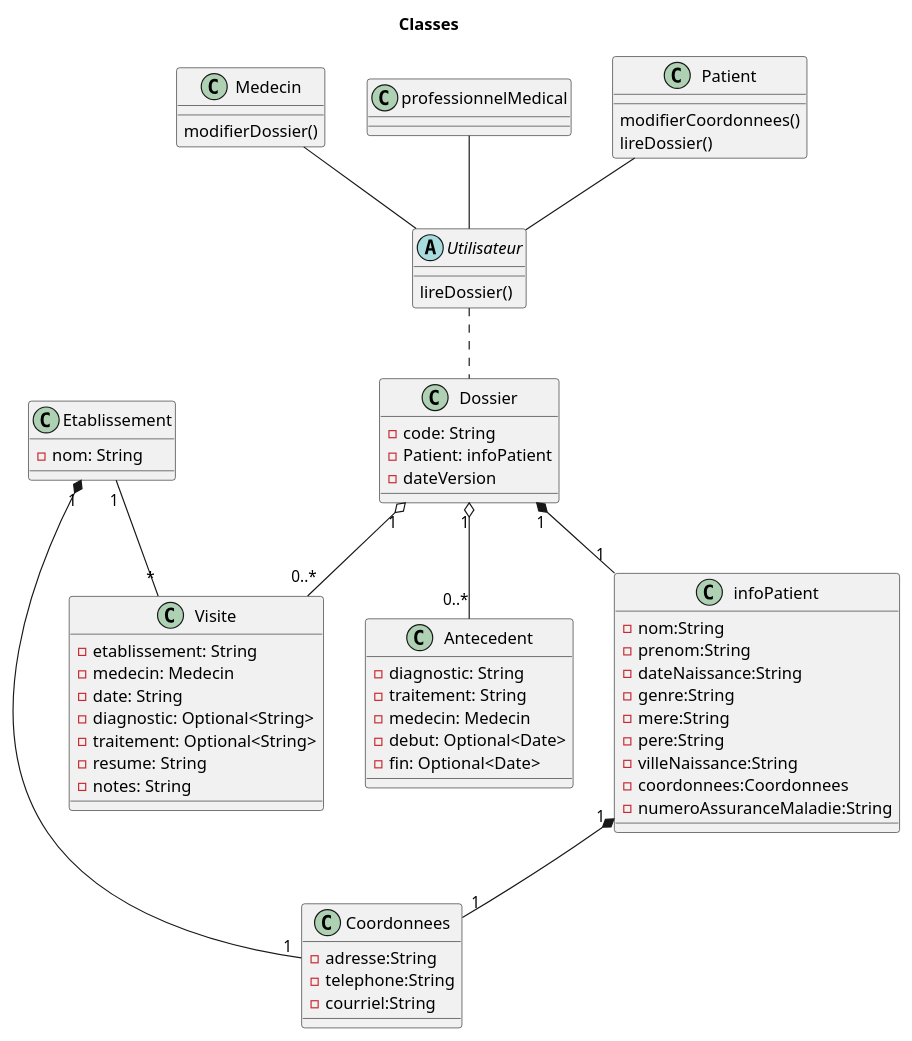
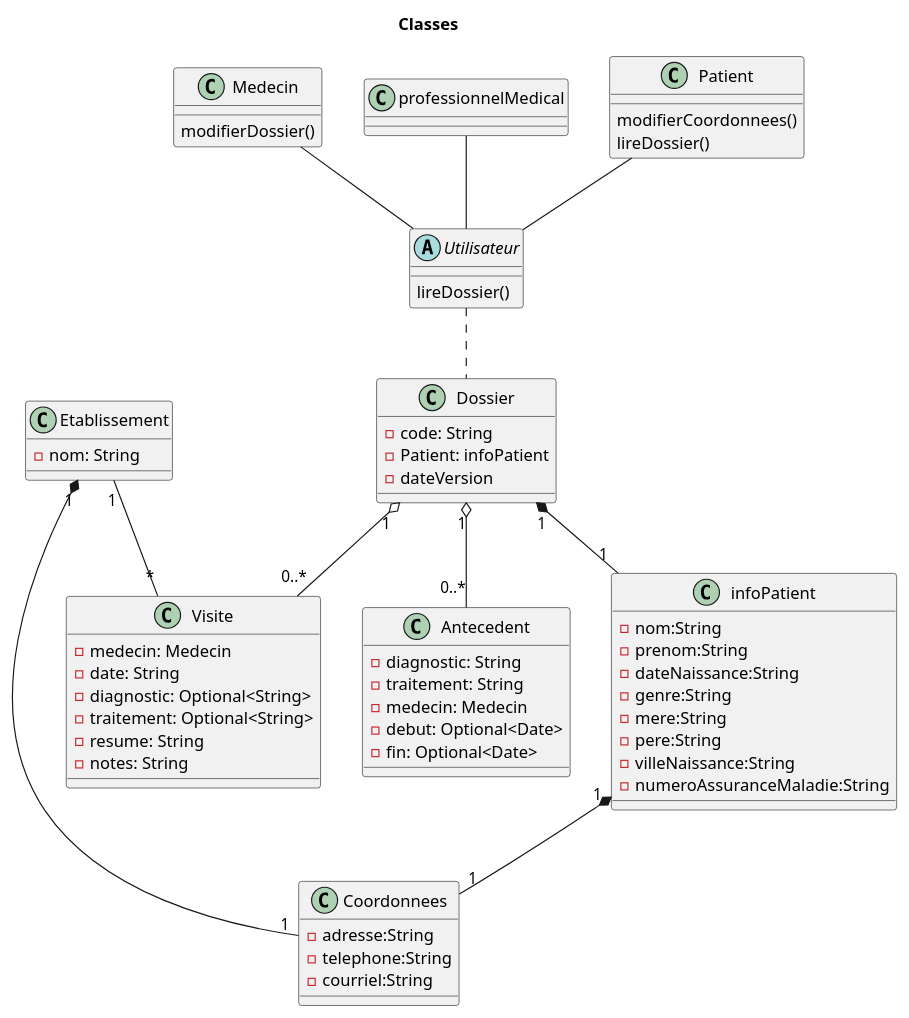
One commit to vbrayuqam/projet-genielog changed the diagram in classes.puml. Above: the diagram before and after it, drawn with PlantUML.

```diff
--- a/classes.puml
+++ b/classes.puml
@@ -1,89 +1,87 @@
 @startuml Classes
 
 title Classes
 
 class Dossier{
     - code: String
     - Patient: infoPatient
     - dateVersion
 }
 
 class Antecedent{
     - diagnostic: String
     - traitement: String
     - medecin: Medecin
     - debut: Optional<Date>
     - fin: Optional<Date>
 }
 
 class Visite{
-    - etablissement: String
     - medecin: Medecin
     - date: String
     - diagnostic: Optional<String>
     - traitement: Optional<String>
     - resume: String
     - notes: String
 }
 
 
 class Medecin{
     modifierDossier()
 
 }
 
 class Coordonnees{
     -adresse:String
     -telephone:String
     -courriel:String
 }
 
 class professionnelMedical{}
 
 class Patient{
 
     modifierCoordonnees()
     lireDossier()
 }
 
 class infoPatient{
     -nom:String
     -prenom:String
     -dateNaissance:String
     -genre:String
     -mere:String
     -pere:String
     -villeNaissance:String
-    -coordonnees:Coordonnees
     -numeroAssuranceMaladie:String
 }
 
 
 abstract Utilisateur{
     lireDossier()
 }
 
 class Etablissement{
     - nom: String
 }
 
 Patient -- Utilisateur
 Medecin -- Utilisateur
 professionnelMedical -- Utilisateur
 
 Utilisateur .. Dossier
 
 
 Etablissement "1" *-- "1" Coordonnees
 infoPatient "1" *-- "1" Coordonnees
 
 
 Dossier "1" *-- "1" infoPatient
 
 Dossier "1" o-- "0..*" Antecedent
 
 Dossier "1" o-- "0..*" Visite
 
 Etablissement "1" -- "*" Visite
 
 @enduml
```
